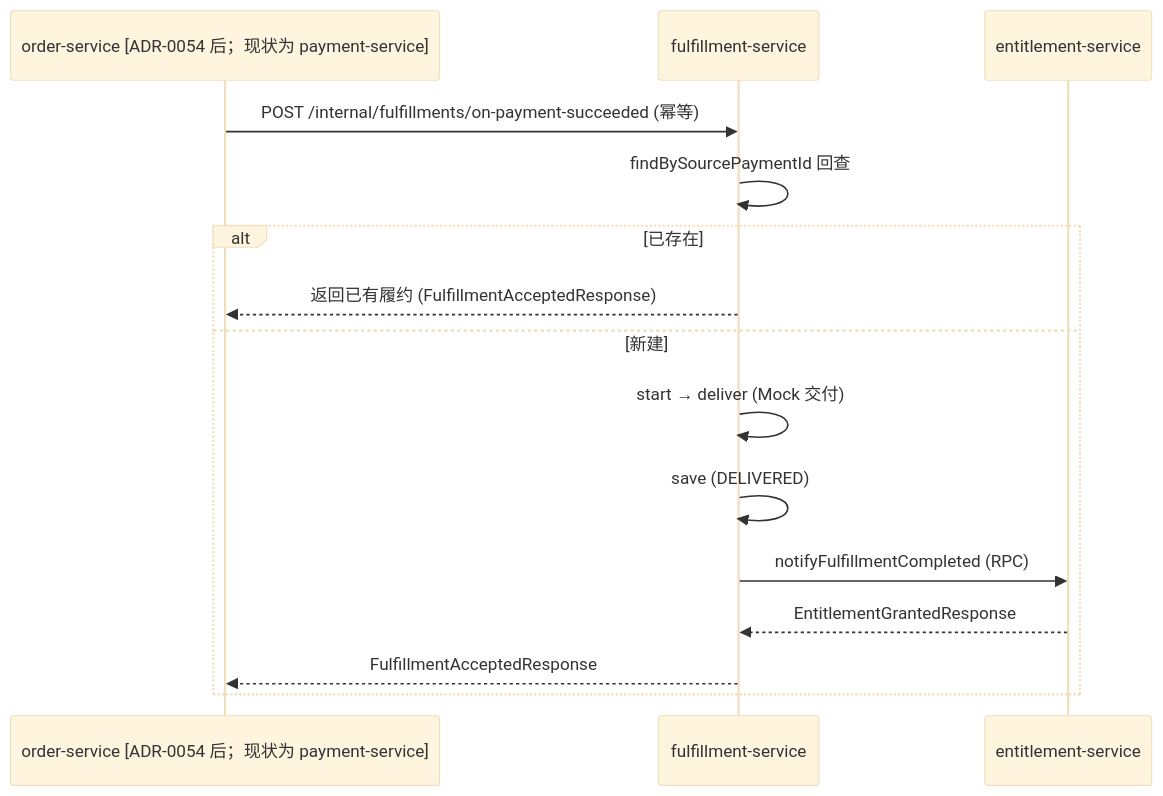
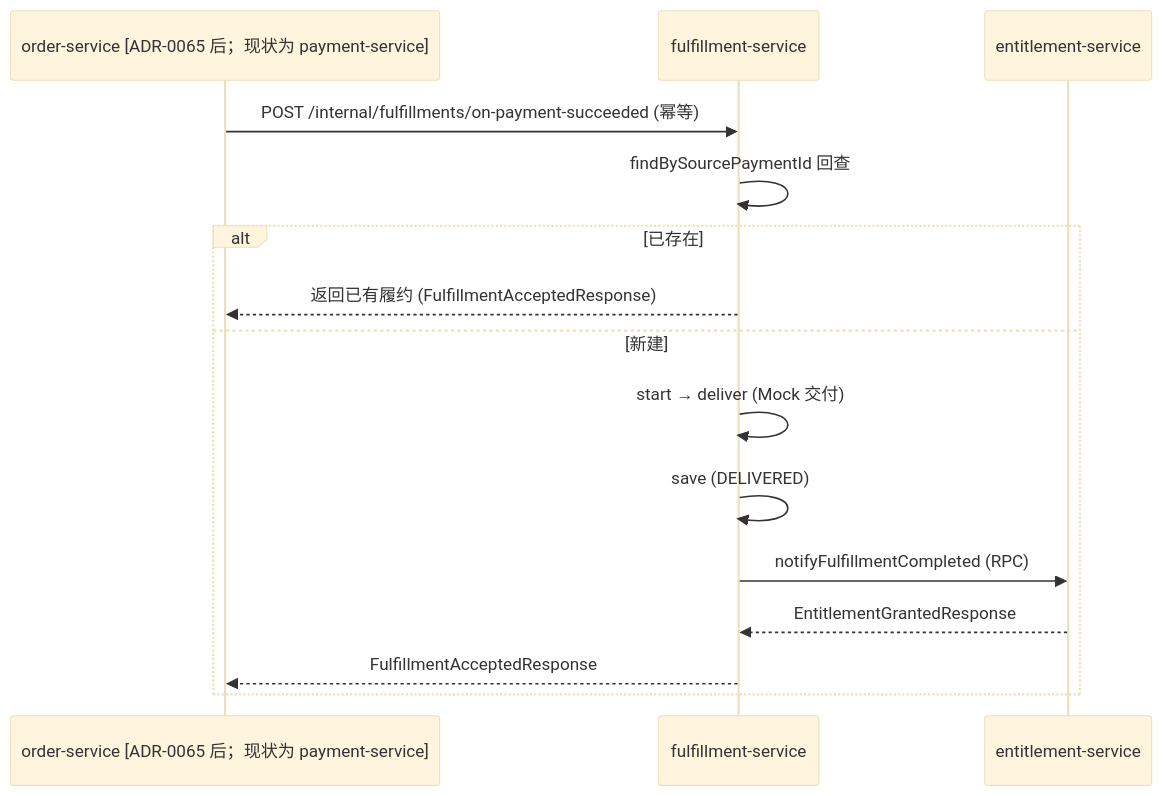
Before and after one commit to ckcky/Payment: the diagram in docs/architecture/systems/fulfillment-service.md, drawn with Mermaid (base theme). The commit also changed other lines of this file and 26 other files, not shown here.

First line of the commit message:
feat(observability): Grafana 增加服务间 RPC（Feign）面板 + 服务图例中文化

````diff
--- a/docs/architecture/systems/fulfillment-service.md
+++ b/docs/architecture/systems/fulfillment-service.md
@@ -169,17 +169,17 @@
 ```mermaid
 sequenceDiagram
-    participant O as order-service [ADR-0054 后；现状为 payment-service]
+    participant O as order-service [ADR-0065 后；现状为 payment-service]
     participant F as fulfillment-service
     participant E as entitlement-service
     O->>F: POST /internal/fulfillments/on-payment-succeeded (幂等)
     F->>F: findBySourcePaymentId 回查
     alt 已存在
         F-->>O: 返回已有履约 (FulfillmentAcceptedResponse)
     else 新建
         F->>F: start → deliver (Mock 交付)
         F->>F: save (DELIVERED)
         F->>E: notifyFulfillmentCompleted (RPC)
         E-->>F: EntitlementGrantedResponse
         F-->>O: FulfillmentAcceptedResponse
     end
 ```
````
